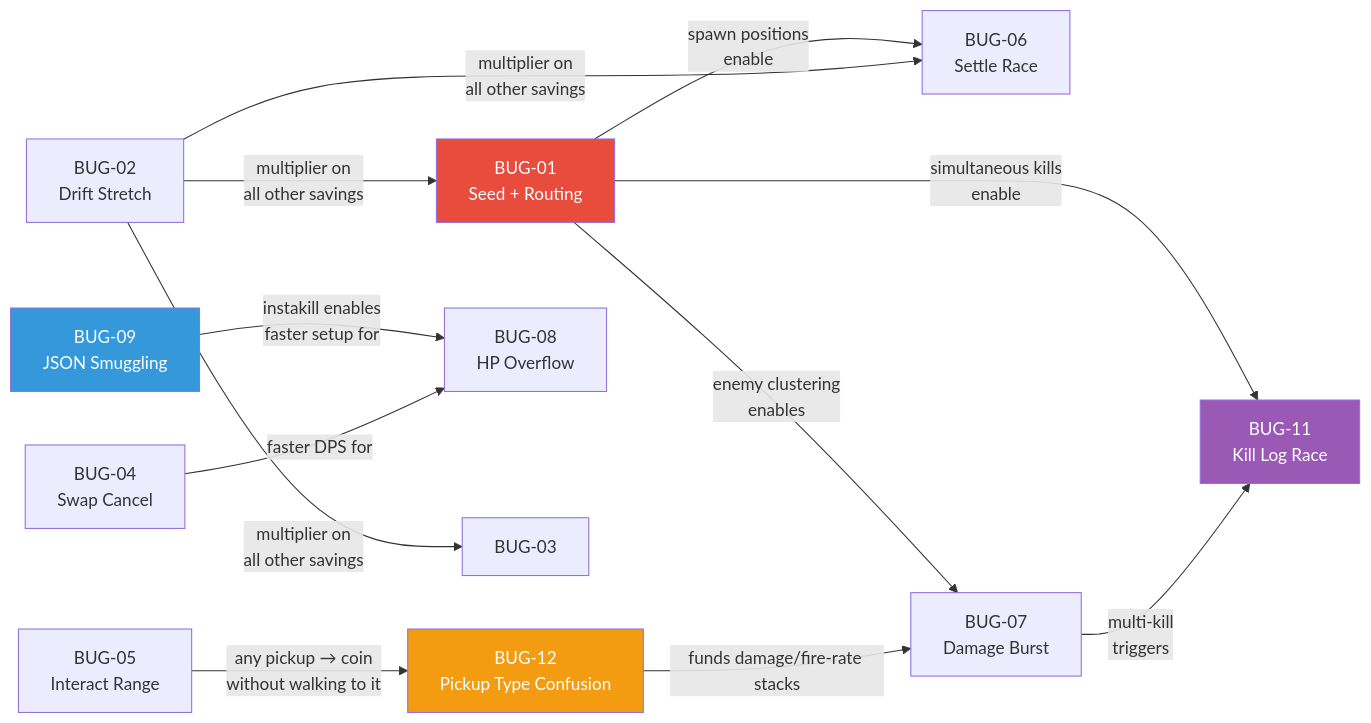
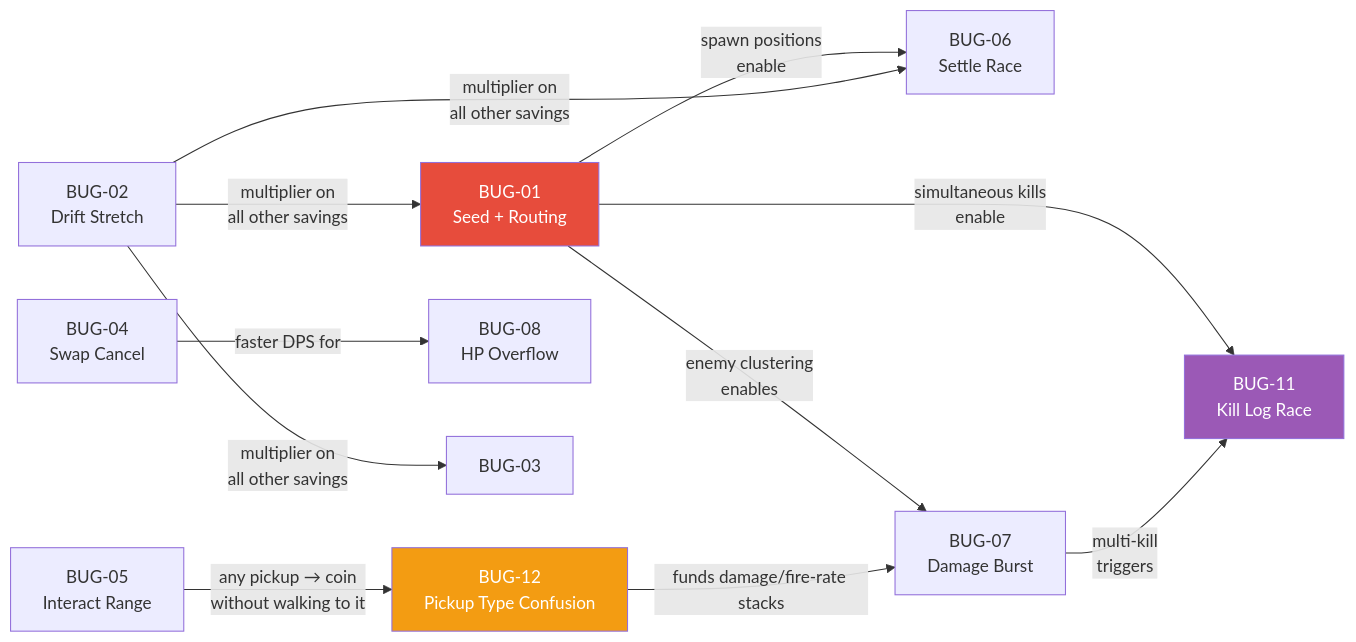
The second of 2 diagrams in docs/specs/bugs.md (NUSGreyhats/dcsg-vibecat-404), drawn with Mermaid before and after one commit. The commit also changed other lines of this file and 36 other files, not shown here.

````diff
--- a/docs/specs/bugs.md
+++ b/docs/specs/bugs.md
@@ -65,17 +60,15 @@
 ```mermaid
 graph LR
     B01["BUG-01<br/>Seed + Routing"] -->|"spawn positions<br/>enable"| B06["BUG-06<br/>Settle Race"]
     B01 -->|"enemy clustering<br/>enables"| B07["BUG-07<br/>Damage Burst"]
     B01 -->|"simultaneous kills<br/>enable"| B11["BUG-11<br/>Kill Log Race"]
     B07 -->|"multi-kill<br/>triggers"| B11
     B05["BUG-05<br/>Interact Range"] -->|"any pickup → coin<br/>without walking to it"| B12["BUG-12<br/>Pickup Type Confusion"]
     B12 -->|"funds damage/fire-rate stacks"| B07
-    B09["BUG-09<br/>JSON Smuggling"] -->|"instakill enables<br/>faster setup for"| B08["BUG-08<br/>HP Overflow"]
-    B04["BUG-04<br/>Swap Cancel"] -->|"faster DPS for"| B08
+    B04["BUG-04<br/>Swap Cancel"] -->|"faster DPS for"| B08["BUG-08<br/>HP Overflow"]
     B02["BUG-02<br/>Drift Stretch"] -->|"multiplier on<br/>all other savings"| B01 & B03["BUG-03"] & B06
 
     style B01 fill:#e74c3c,color:#fff
     style B11 fill:#9b59b6,color:#fff
-    style B09 fill:#3498db,color:#fff
     style B12 fill:#f39c12,color:#fff
 ```
````
